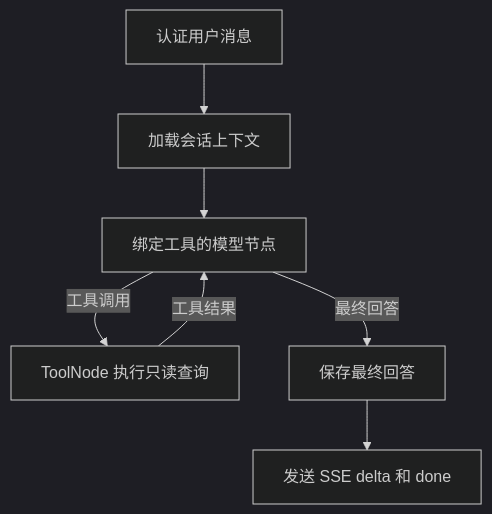
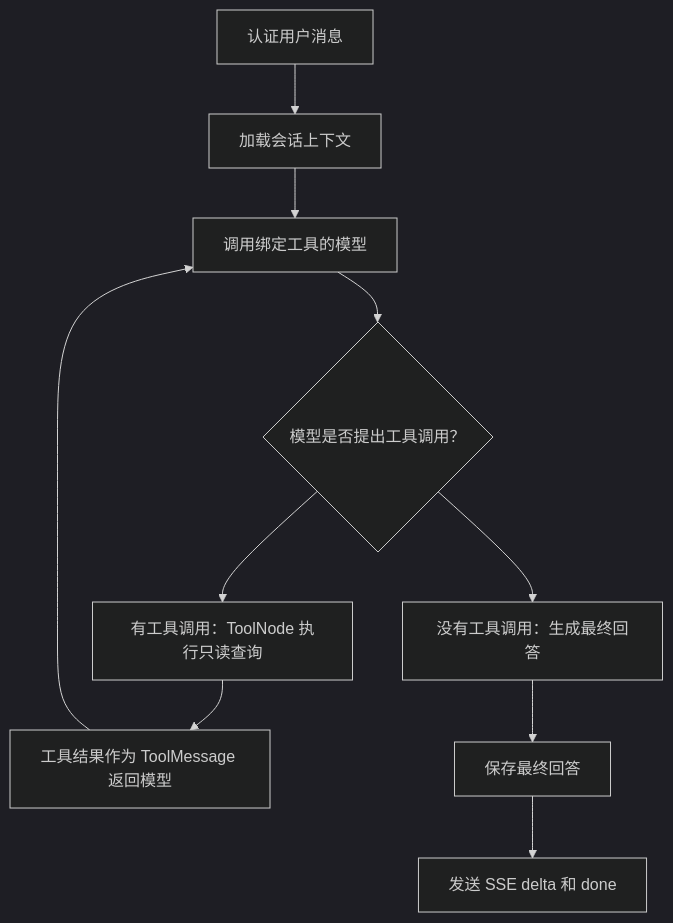
Before and after one commit to Tindalos-ik/Aiden: the diagram in docs/tools.md, drawn with Mermaid (dark theme). The commit also changed 6 other files, not shown here.

Commit message:
增加语义识别与意图路由前置层

````diff
--- a/docs/tools.md
+++ b/docs/tools.md
@@ -19,9 +19,12 @@
 ```mermaid
 graph TD
     auth["认证用户消息"] --> context["加载会话上下文"]
-    context --> model["绑定工具的模型节点"]
-    model -->|工具调用| tools["ToolNode 执行只读查询"]
-    tools -->|工具结果| model
-    model -->|最终回答| save["保存最终回答"]
+    context --> model["调用绑定工具的模型"]
+    model --> decision{"模型是否提出工具调用？"}
+    decision --> execute["有工具调用：ToolNode 执行只读查询"]
+    execute --> result["工具结果作为 ToolMessage 返回模型"]
+    result --> model
+    decision --> answer["没有工具调用：生成最终回答"]
+    answer --> save["保存最终回答"]
     save --> response["发送 SSE delta 和 done"]
 ```
````
